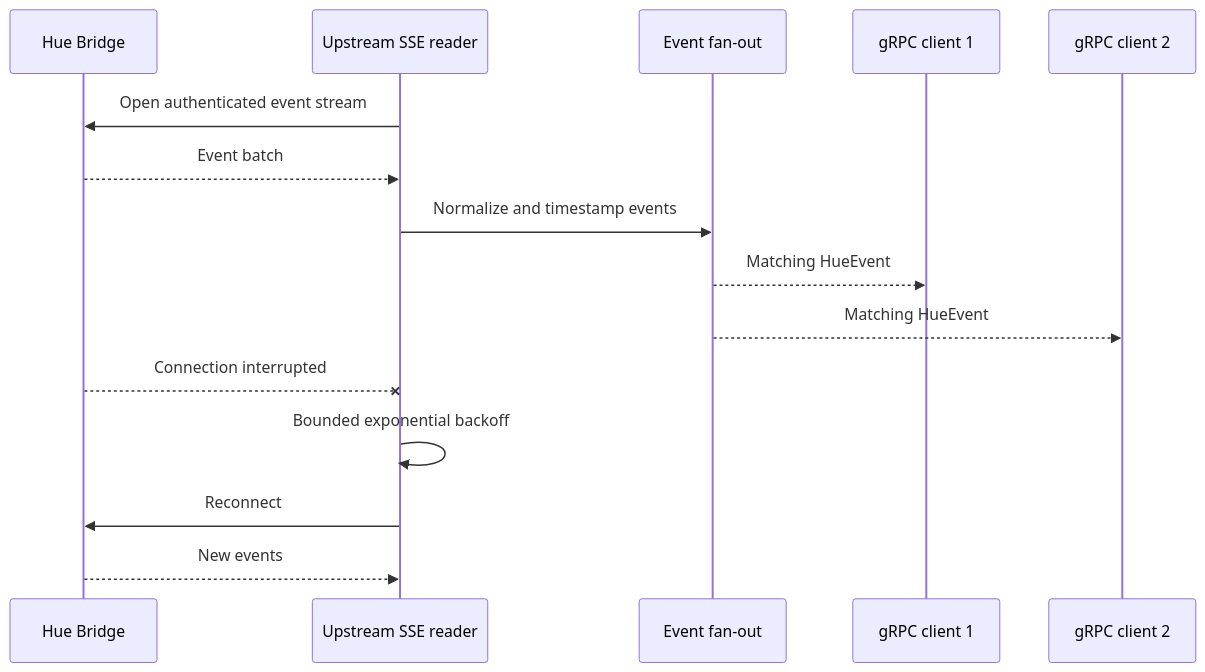
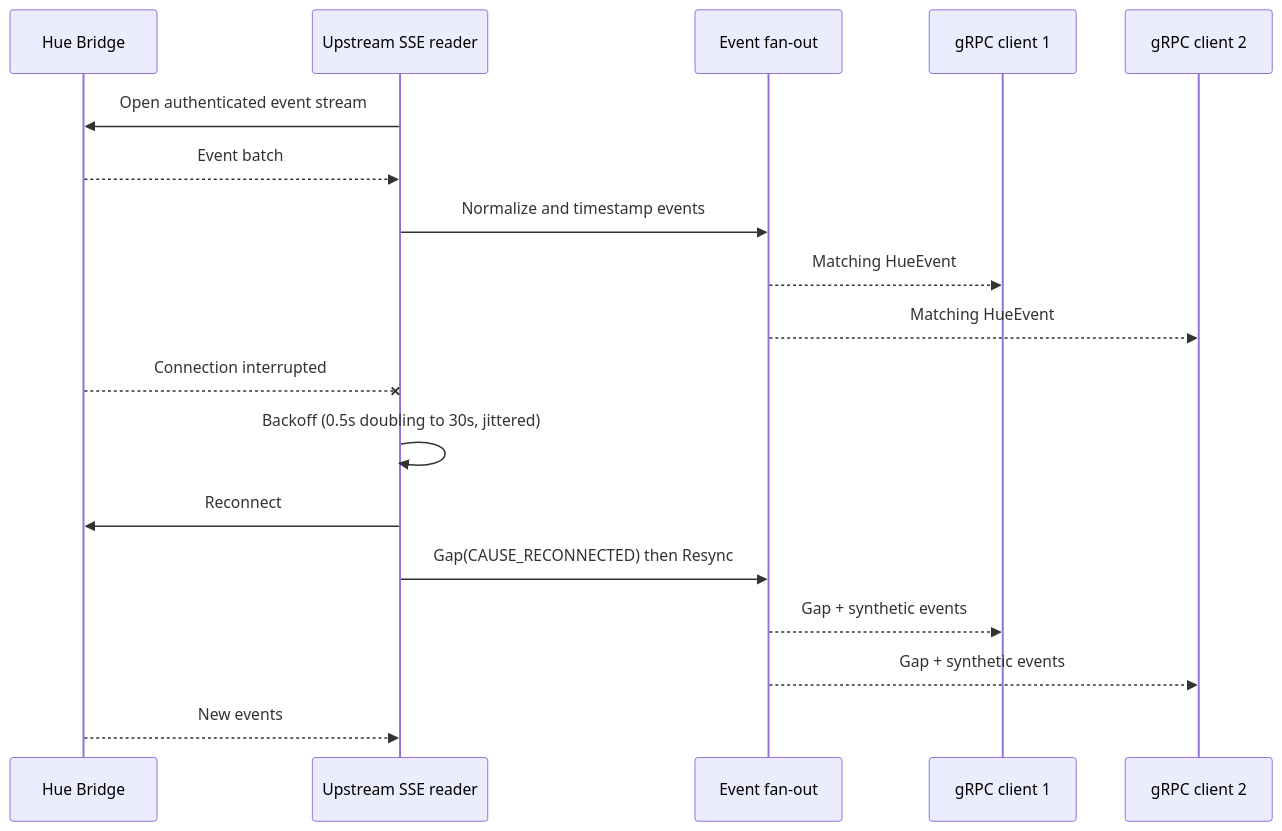
One commit to malamoney/hue changed the second of 9 diagrams in philips-hue-grpc-nixos-plan.md. Above: the diagram before and after it, drawn with Mermaid. The commit also changed other lines of this file, not shown here.

````diff
--- a/philips-hue-grpc-nixos-plan.md
+++ b/philips-hue-grpc-nixos-plan.md
@@ -354,18 +268,21 @@
 ```mermaid
 sequenceDiagram
     participant B as Hue Bridge
     participant U as Upstream SSE reader
     participant F as Event fan-out
     participant C1 as gRPC client 1
     participant C2 as gRPC client 2
 
     U->>B: Open authenticated event stream
     B-->>U: Event batch
     U->>F: Normalize and timestamp events
     F-->>C1: Matching HueEvent
     F-->>C2: Matching HueEvent
     B--xU: Connection interrupted
-    U->>U: Bounded exponential backoff
+    U->>U: Backoff (0.5s doubling to 30s, jittered)
     U->>B: Reconnect
+    U->>F: Gap(CAUSE_RECONNECTED) then Resync
+    F-->>C1: Gap + synthetic events
+    F-->>C2: Gap + synthetic events
     B-->>U: New events
 ```
````
